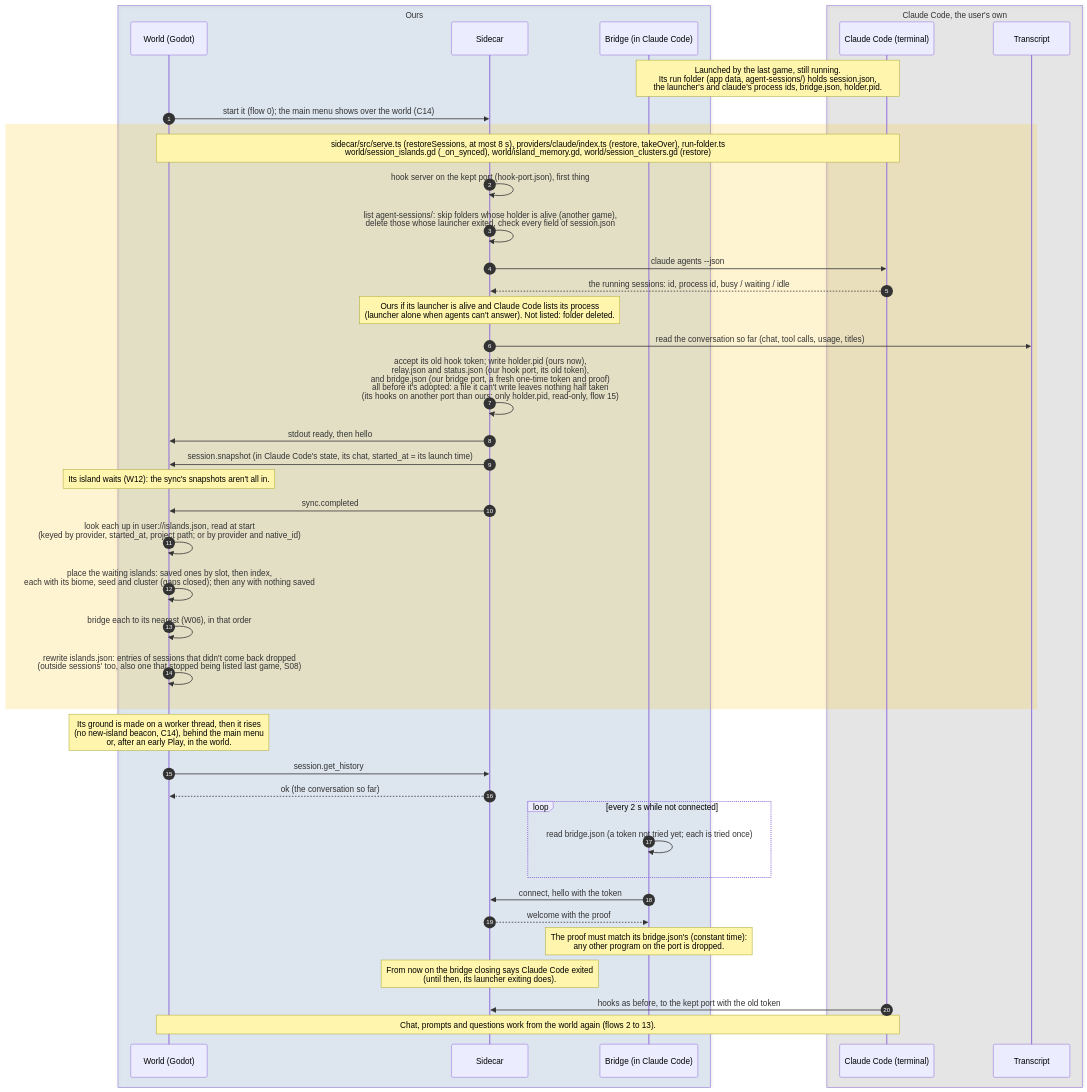
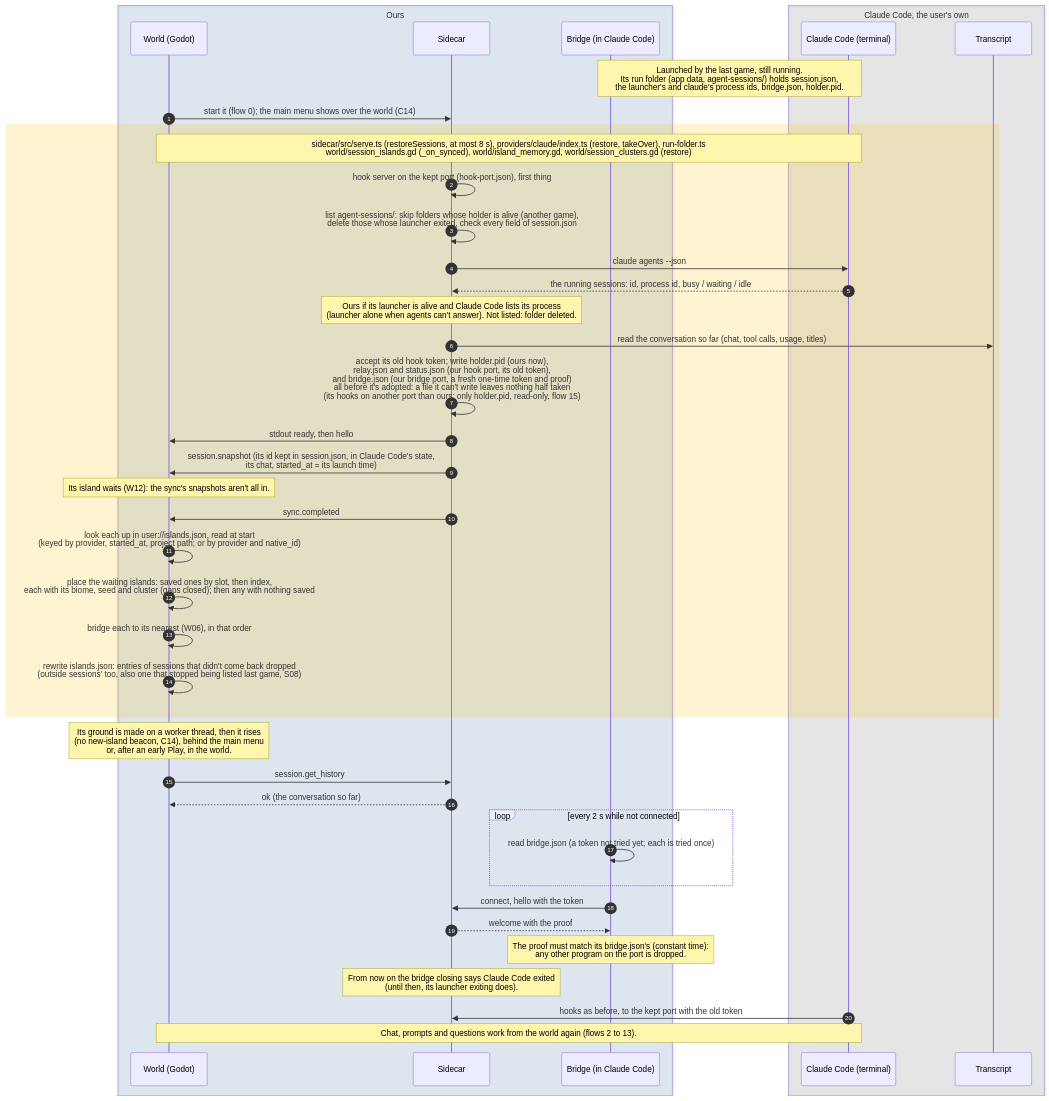
One commit to PaoloPortugal/The-Beach changed the diagram in docs/diagrams/sequence/14-reattach-after-restart.md. Above: the diagram before and after it, drawn with Mermaid. The commit also changed other lines of this file and 6 other files, not shown here.

Commit message:
Docs: S01 restart keeps ids; guide, flows 0, 14 and 16, dev log step 2

````diff
--- a/docs/diagrams/sequence/14-reattach-after-restart.md
+++ b/docs/diagrams/sequence/14-reattach-after-restart.md
@@ -8,48 +8,48 @@
 ```mermaid
 sequenceDiagram
     autonumber
 
     box rgba(47,111,191,0.12) Ours
         participant World as World (Godot)
         participant Sidecar
         participant Bridge as Bridge (in Claude Code)
     end
 
     box rgba(128,128,128,0.14) Claude Code, the user's own
         participant Claude as Claude Code (terminal)
         participant Log as Transcript
     end
 
     Note over Claude,Bridge: Launched by the last game, still running.<br/>Its run folder (app data, agent-sessions/) holds session.json,<br/>the launcher's and claude's process ids, bridge.json, holder.pid.
     World->>Sidecar: start it (flow 0)#59; the main menu shows over the world (C14)
     rect rgba(255,193,7,0.18)
         Note over World,Claude: sidecar/src/serve.ts (restoreSessions, at most 8 s), providers/claude/index.ts (restore, takeOver), run-folder.ts<br/>world/session_islands.gd (_on_synced), world/island_memory.gd, world/session_clusters.gd (restore)
         Sidecar->>Sidecar: hook server on the kept port (hook-port.json), first thing
         Sidecar->>Sidecar: list agent-sessions/: skip folders whose holder is alive (another game),<br/>delete those whose launcher exited, check every field of session.json
         Sidecar->>Claude: claude agents --json
         Claude-->>Sidecar: the running sessions: id, process id, busy / waiting / idle
         Note over Sidecar: Ours if its launcher is alive and Claude Code lists its process<br/>(launcher alone when agents can't answer). Not listed: folder deleted.
         Sidecar->>Log: read the conversation so far (chat, tool calls, usage, titles)
         Sidecar->>Sidecar: accept its old hook token#59; write holder.pid (ours now),<br/>relay.json and status.json (our hook port, its old token),<br/>and bridge.json (our bridge port, a fresh one-time token and proof)<br/>all before it's adopted: a file it can't write leaves nothing half taken<br/>(its hooks on another port than ours: only holder.pid, read-only, flow 15)
         Sidecar->>World: stdout ready, then hello
-        Sidecar->>World: session.snapshot (in Claude Code's state, its chat, started_at = its launch time)
+        Sidecar->>World: session.snapshot (its id kept in session.json, in Claude Code's state,<br/>its chat, started_at = its launch time)
         Note over World: Its island waits (W12): the sync's snapshots aren't all in.
         Sidecar->>World: sync.completed
         World->>World: look each up in user://islands.json, read at start<br/>(keyed by provider, started_at, project path#59; or by provider and native_id)
         World->>World: place the waiting islands: saved ones by slot, then index,<br/>each with its biome, seed and cluster (gaps closed)#59; then any with nothing saved
         World->>World: bridge each to its nearest (W06), in that order
         World->>World: rewrite islands.json: entries of sessions that didn't come back dropped<br/>(outside sessions' too, also one that stopped being listed last game, S08)
     end
     Note over World: Its ground is made on a worker thread, then it rises<br/>(no new-island beacon, C14), behind the main menu<br/>or, after an early Play, in the world.
     World->>Sidecar: session.get_history
     Sidecar-->>World: ok (the conversation so far)
     loop every 2 s while not connected
         Bridge->>Bridge: read bridge.json (a token not tried yet#59; each is tried once)
     end
     Bridge->>Sidecar: connect, hello with the token
     Sidecar-->>Bridge: welcome with the proof
     Note over Bridge: The proof must match its bridge.json's (constant time):<br/>any other program on the port is dropped.
     Note over Sidecar: From now on the bridge closing says Claude Code exited<br/>(until then, its launcher exiting does).
     Claude->>Sidecar: hooks as before, to the kept port with the old token
     Note over World,Claude: Chat, prompts and questions work from the world again (flows 2 to 13).
 ```
````
